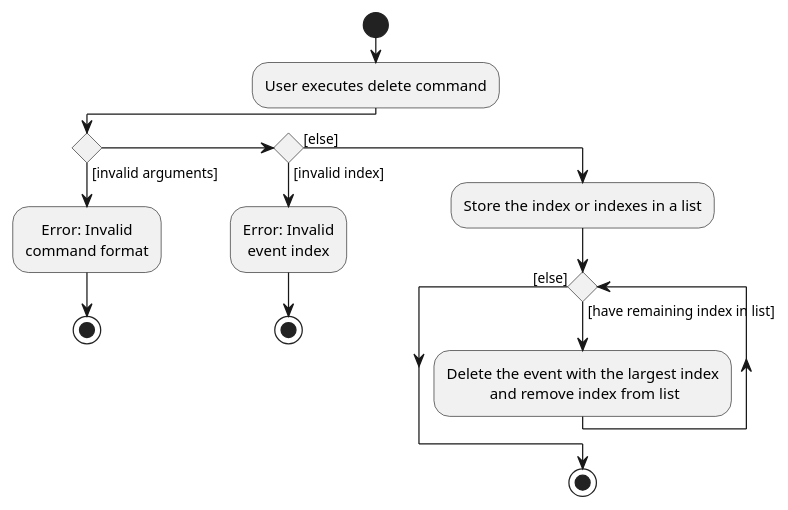
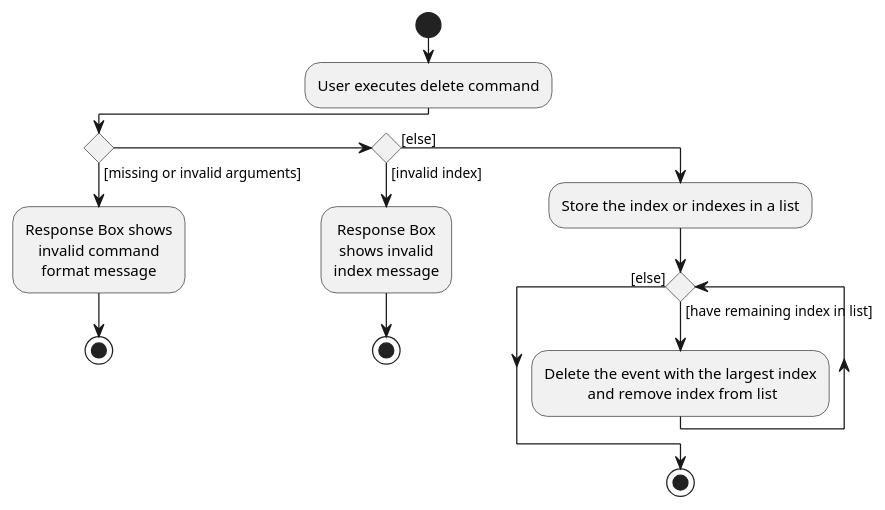
Before and after one commit to nus-cs2103-AY2223S2/tp: the diagram in docs/diagrams/DeleteCommandWithMultipleIndexesActivityDiagram.puml, drawn with PlantUML. The commit also changed 6 other files, not shown here.

Commit message:
Update Activtiy Diagram

```diff
--- a/docs/diagrams/DeleteCommandWithMultipleIndexesActivityDiagram.puml
+++ b/docs/diagrams/DeleteCommandWithMultipleIndexesActivityDiagram.puml
@@ -1,24 +1,26 @@
 @startuml
 skinparam defaultTextAlignment center
 start
 :User executes delete command;
 
 'Since the beta syntax does not support placing the condition outside the
 'diamond we place it as the true branch instead.
 
-if () then ([invalid arguments])
-    :Error: Invalid
-    command format;
+if () then ([missing or invalid arguments])
+    :Response Box shows
+    invalid command
+    format message;
 stop
 else if () then ([invalid index])
-    :Error: Invalid
-    event index;
+    :Response Box
+    shows invalid
+    index message;
 stop
 else ([else])
     :Store the index or indexes in a list;
 while () is ([have remaining index in list])
     :Delete the event with the largest index
      and remove index from list;
 endwhile ([else])
 stop
 @enduml
```
